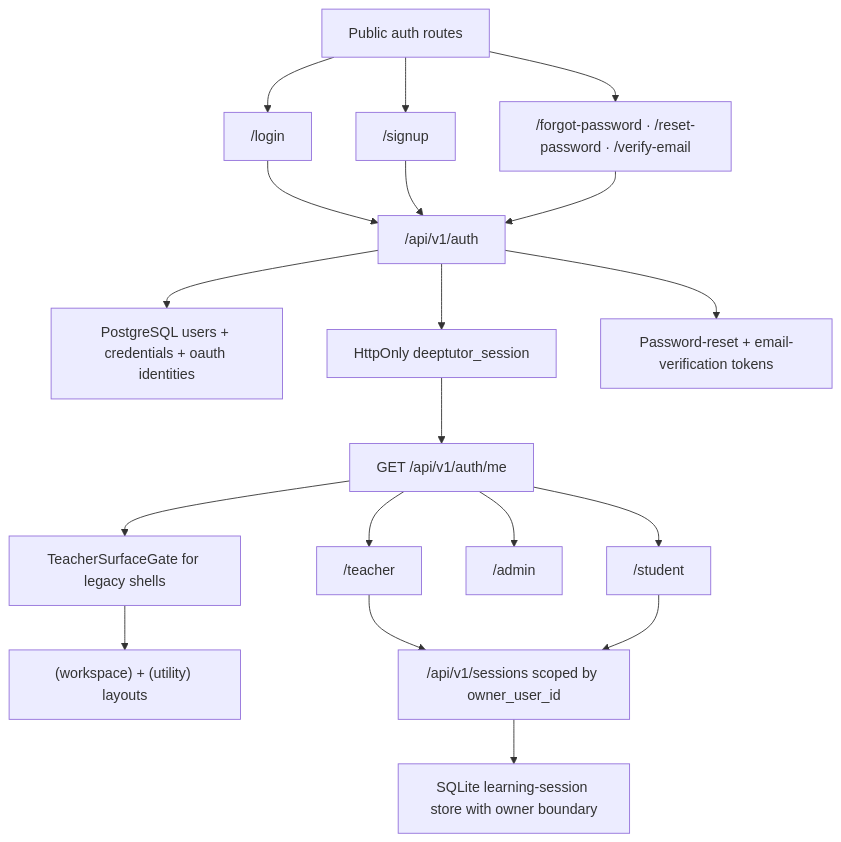
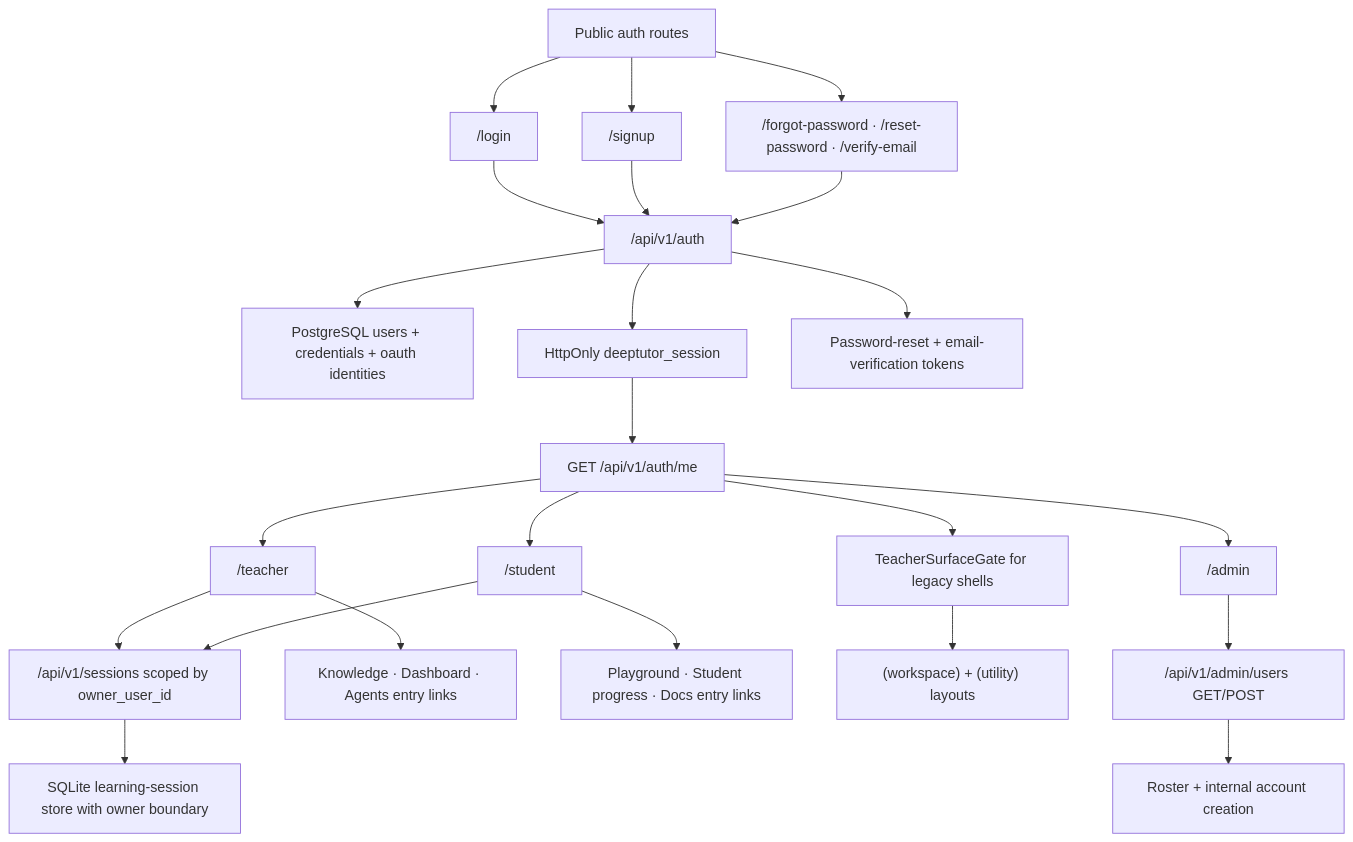
The diagram in docs/superpowers/pr-notes/2026-05-02-auth-multi-user-foundation.md (Creative-Science-Contest-2026/Multiagent-learning-platform), drawn with Mermaid before and after one commit. The commit also changed other lines of this file and 13 other files, not shown here.

````diff
--- a/docs/superpowers/pr-notes/2026-05-02-auth-multi-user-foundation.md
+++ b/docs/superpowers/pr-notes/2026-05-02-auth-multi-user-foundation.md
@@ -14,21 +16,25 @@
 ```mermaid
 flowchart TD
   Public["Public auth routes"] --> Signup["/signup"]
   Public --> Login["/login"]
   Public --> Recovery["/forgot-password · /reset-password · /verify-email"]
   Login --> AuthAPI["/api/v1/auth"]
   Signup --> AuthAPI
   Recovery --> AuthAPI
   AuthAPI --> Users["PostgreSQL users + credentials + oauth identities"]
   AuthAPI --> Sessions["HttpOnly deeptutor_session"]
   AuthAPI --> OneTimeTokens["Password-reset + email-verification tokens"]
+  AdminShell --> AdminUsersAPI["/api/v1/admin/users GET/POST"]
+  AdminUsersAPI --> AdminPanel["Roster + internal account creation"]
   Sessions --> Me["GET /api/v1/auth/me"]
   Me --> TeacherShell["/teacher"]
   Me --> StudentShell["/student"]
   Me --> AdminShell["/admin"]
+  TeacherShell --> TeacherHub["Knowledge · Dashboard · Agents entry links"]
+  StudentShell --> StudentHub["Playground · Student progress · Docs entry links"]
   Me --> TeacherGate["TeacherSurfaceGate for legacy shells"]
   TeacherGate --> LegacyShells["(workspace) + (utility) layouts"]
   TeacherShell --> OwnedSessionAPI["/api/v1/sessions scoped by owner_user_id"]
   StudentShell --> OwnedSessionAPI
   OwnedSessionAPI --> SQLiteStore["SQLite learning-session store with owner boundary"]
 ```
````
